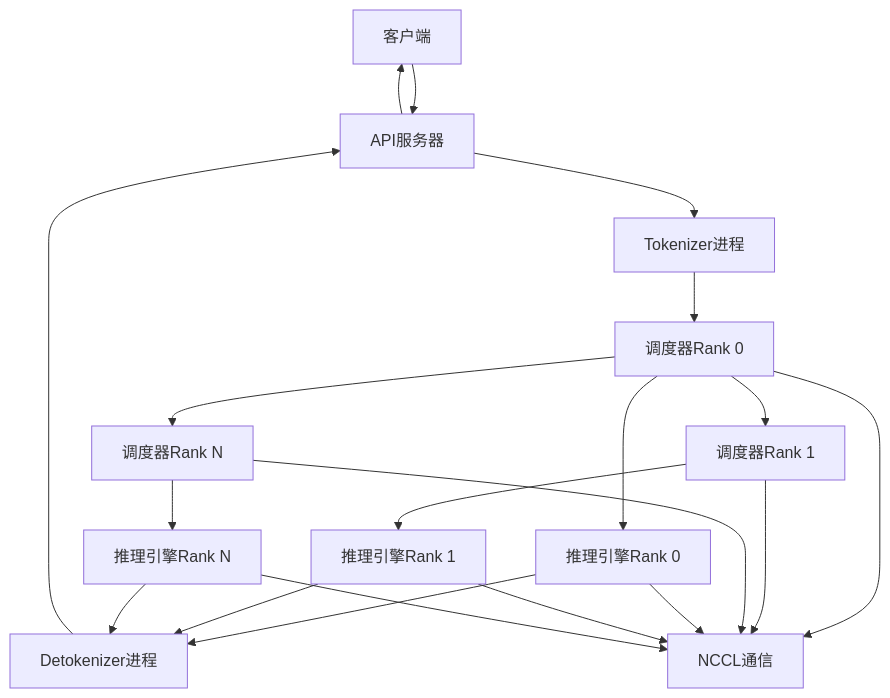
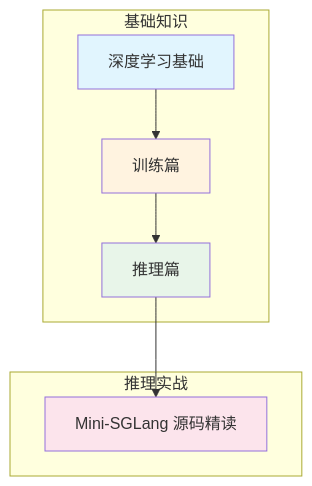
The first of 2 diagrams in learning/website/docs/intro.md (Xunzhuo/mini-sglang), drawn with Mermaid before and after one commit. The commit also changed other lines of this file and 28 other files, not shown here.

````diff
--- a/learning/website/docs/intro.md
+++ b/learning/website/docs/intro.md
@@ -39,23 +22,18 @@
 ```mermaid
 graph TB
-    A[客户端] --> B[API服务器]
-    B --> C[Tokenizer进程]
-    C --> D[调度器Rank 0]
-    D --> E[推理引擎Rank 0]
-    D --> F[调度器Rank 1]
-    F --> G[推理引擎Rank 1]
-    D --> H[调度器Rank N]
-    H --> I[推理引擎Rank N]
-    E --> J[Detokenizer进程]
-    G --> J
-    I --> J
-    J --> B
-    B --> A
+    subgraph 基础知识
+        A[深度学习基础] --> B[训练篇]
+        B --> C[推理篇]
+    end
     
-    D --> K[NCCL通信]
-    F --> K
-    H --> K
-    E --> K
-    G --> K
-    I --> K
+    subgraph 推理实战
+        D[Mini-SGLang 源码精读]
+    end
+    
+    C --> D
+    
+    style A fill:#e1f5fe
+    style B fill:#fff3e0
+    style C fill:#e8f5e9
+    style D fill:#fce4ec
 ```
````
